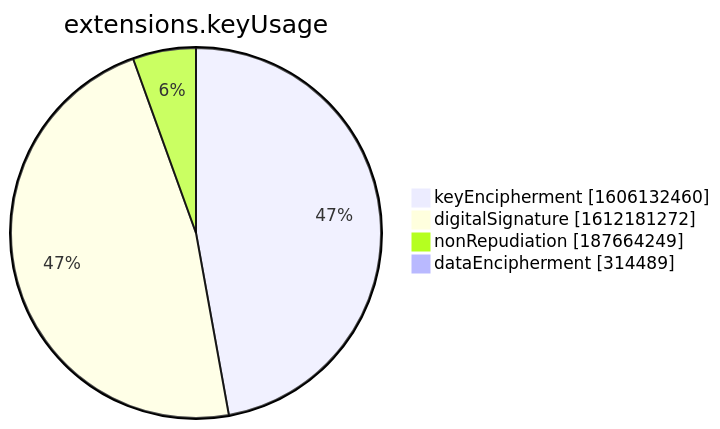
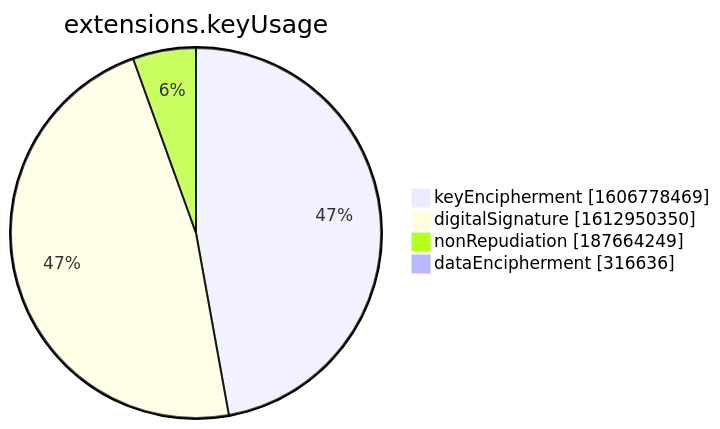
One commit to christiankrug/ctmonitor_visualization changed the seventh of 15 diagrams in xenon2022/README.md. Above: the diagram before and after it, drawn with Mermaid. The commit also changed other lines of this file, not shown here.

````diff
--- a/xenon2022/README.md
+++ b/xenon2022/README.md
@@ -2855,8 +2855,8 @@
 ```mermaid
 pie showData
 title extensions.keyUsage
-"keyEncipherment" :1606132460
-"digitalSignature" :1612181272
+"keyEncipherment" :1606778469
+"digitalSignature" :1612950350
 "nonRepudiation" :187664249
-"dataEncipherment" :314489
+"dataEncipherment" :316636
 ```
````
